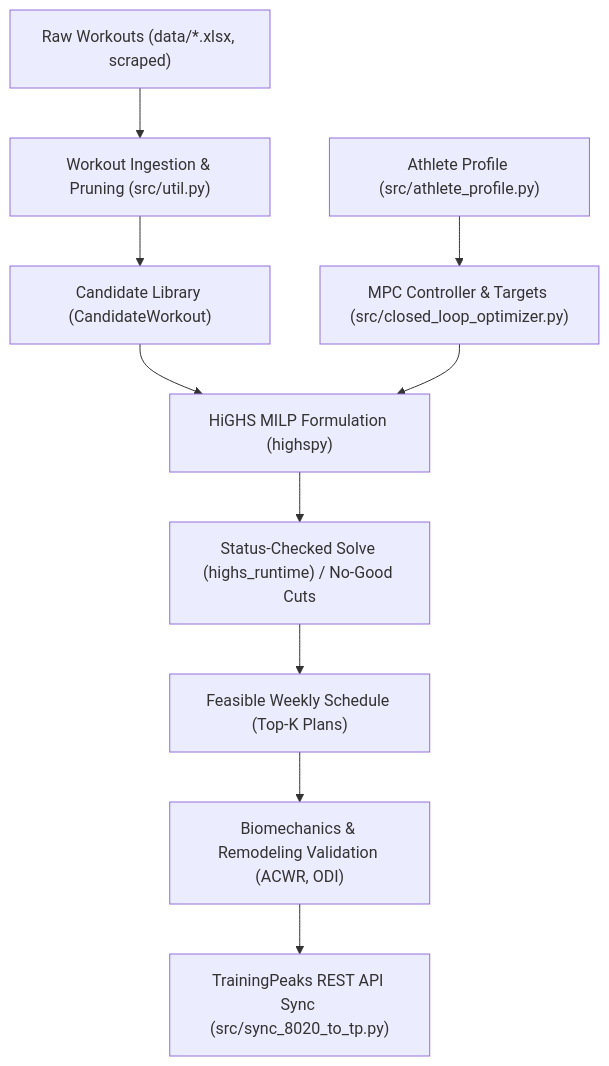
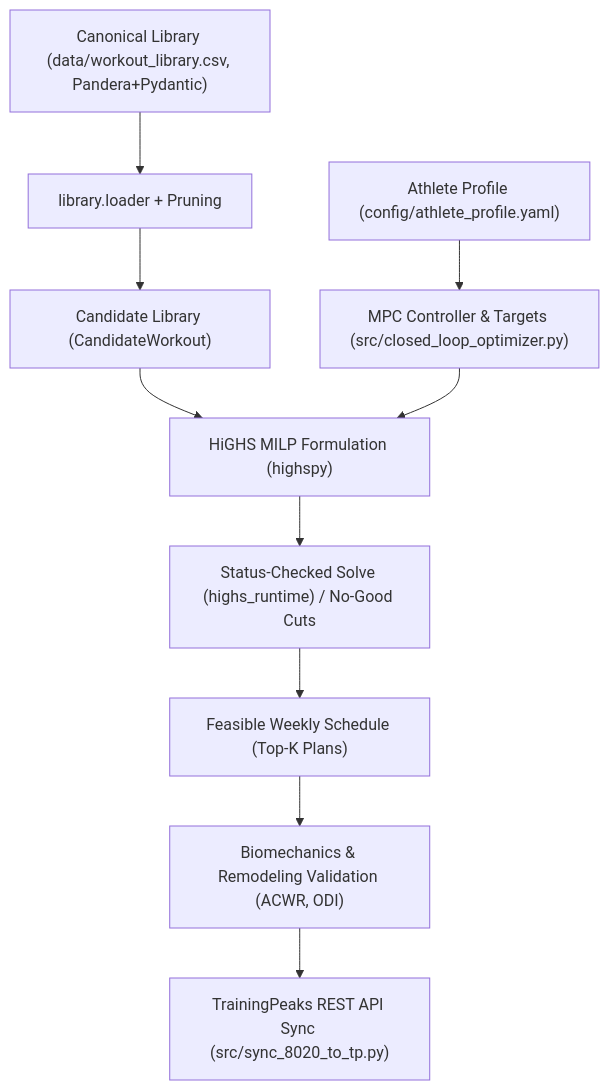
The diagram in docs/STATE_SUMMARY.md (driscoll42/triathlon_planning), drawn with Mermaid before and after one commit. The commit also changed other lines of this file and 26 other files, not shown here.

````diff
--- a/docs/STATE_SUMMARY.md
+++ b/docs/STATE_SUMMARY.md
@@ -24,11 +24,11 @@
 ```mermaid
 flowchart TD
-    A["Raw Workouts (data/*.xlsx, scraped)"] --> B["Workout Ingestion & Pruning (src/util.py)"]
+    A["Canonical Library (data/workout_library.csv, Pandera+Pydantic)"] --> B["library.loader + Pruning"]
     B --> C["Candidate Library (CandidateWorkout)"]
-    D["Athlete Profile (src/athlete_profile.py)"] --> E["MPC Controller & Targets (src/closed_loop_optimizer.py)"]
+    D["Athlete Profile (config/athlete_profile.yaml)"] --> E["MPC Controller & Targets (src/closed_loop_optimizer.py)"]
     C & E --> F["HiGHS MILP Formulation (highspy)"]
     F --> G["Status-Checked Solve (highs_runtime) / No-Good Cuts"]
     G --> H["Feasible Weekly Schedule (Top-K Plans)"]
     H --> I["Biomechanics & Remodeling Validation (ACWR, ODI)"]
     I --> J["TrainingPeaks REST API Sync (src/sync_8020_to_tp.py)"]
 ```
````
